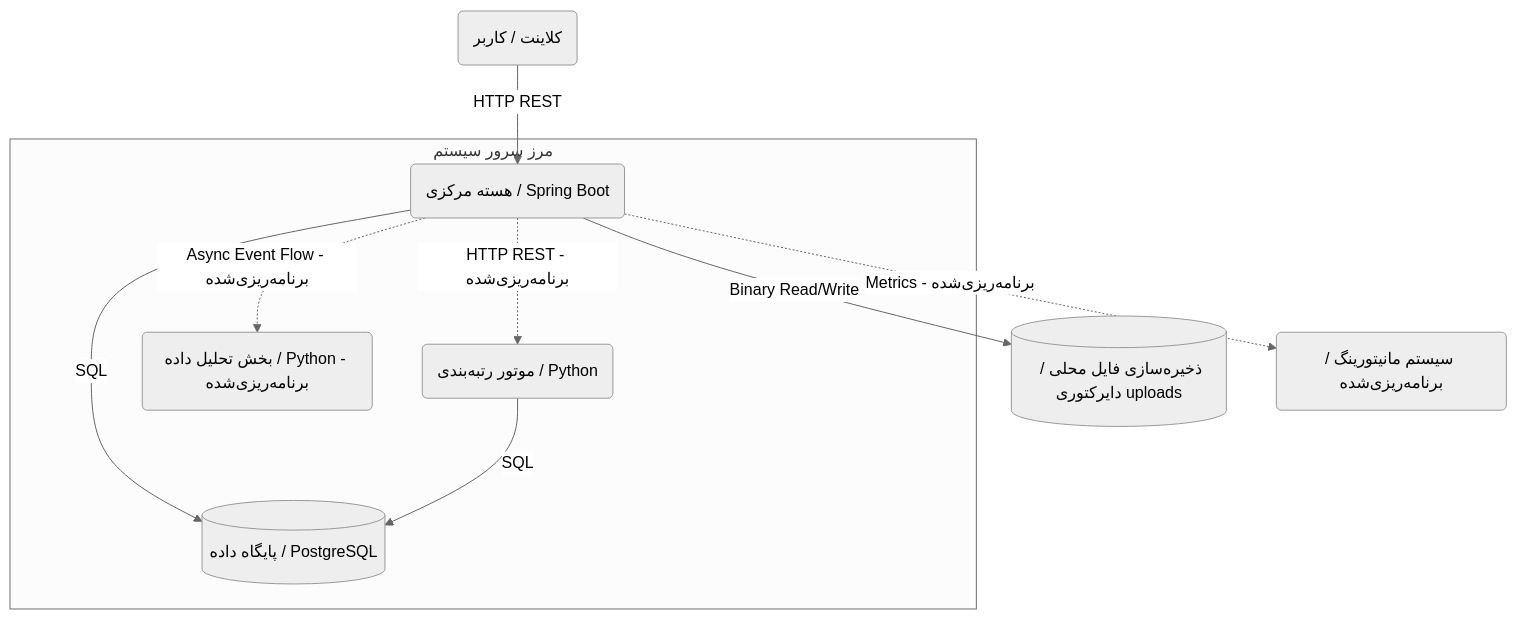
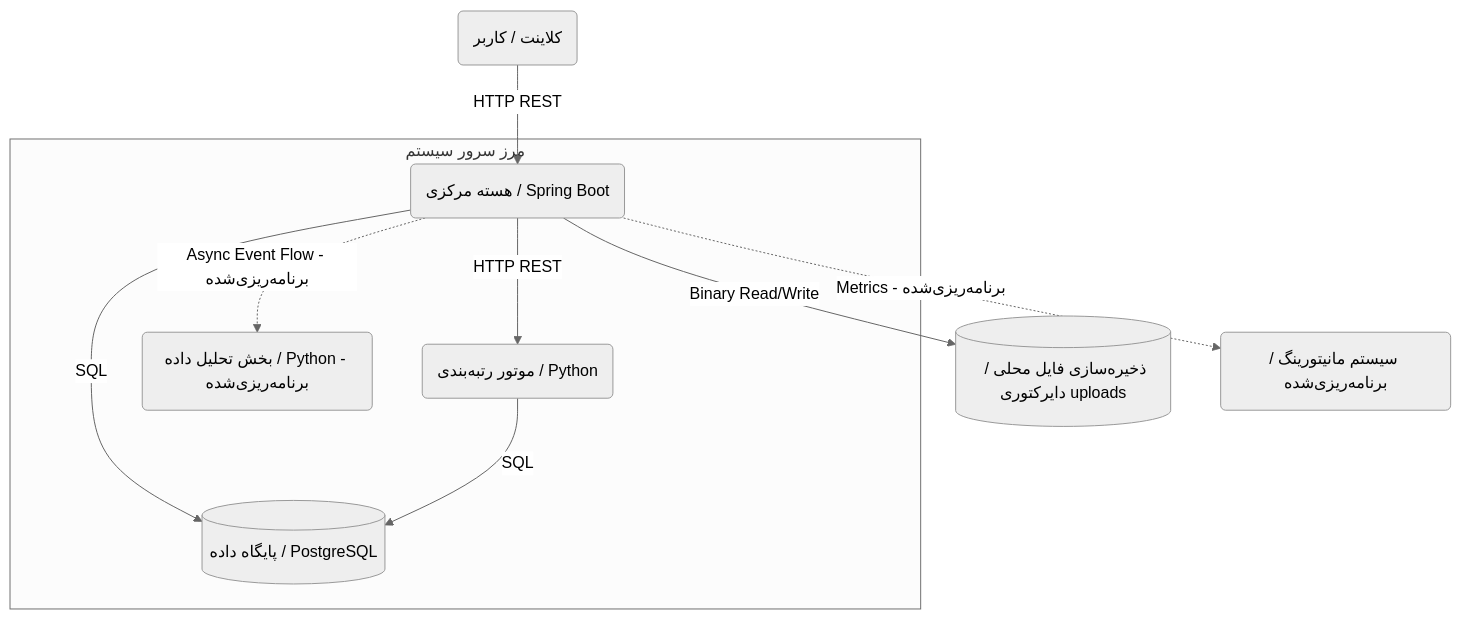
One commit to ferigeek/sarv changed the diagram in docs/docs/fa/3-Architecture.md. Above: the diagram before and after it, drawn with Mermaid (neutral theme). The commit also changed other lines of this file and 8 other files, not shown here.

````diff
--- a/docs/docs/fa/3-Architecture.md
+++ b/docs/docs/fa/3-Architecture.md
@@ -20,22 +20,22 @@
 ```mermaid
 graph TD
     Client(کلاینت / کاربر)
     LocalFileStorage[(ذخیره‌سازی فایل محلی / دایرکتوری uploads)]
     Monitoring(سیستم مانیتورینگ / برنامه‌ریزی‌شده)
 
     subgraph مرز سرور سیستم
         Backend(هسته مرکزی / Spring Boot)
         Recommender(موتور رتبه‌بندی / Python)
         Analytics(بخش تحلیل داده / Python - برنامه‌ریزی‌شده)
         Postgres[(پایگاه داده / PostgreSQL)]
     end
 
     Client -- HTTP REST --> Backend
     Backend -- SQL --> Postgres
     Backend -- Binary Read/Write --> LocalFileStorage
     Recommender -- SQL --> Postgres
 
-    Backend -. HTTP REST - برنامه‌ریزی‌شده .-> Recommender
+    Backend -- HTTP REST --> Recommender
     Backend -. Async Event Flow - برنامه‌ریزی‌شده .-> Analytics
     Backend -. Metrics - برنامه‌ریزی‌شده .-> Monitoring
 ```
````
